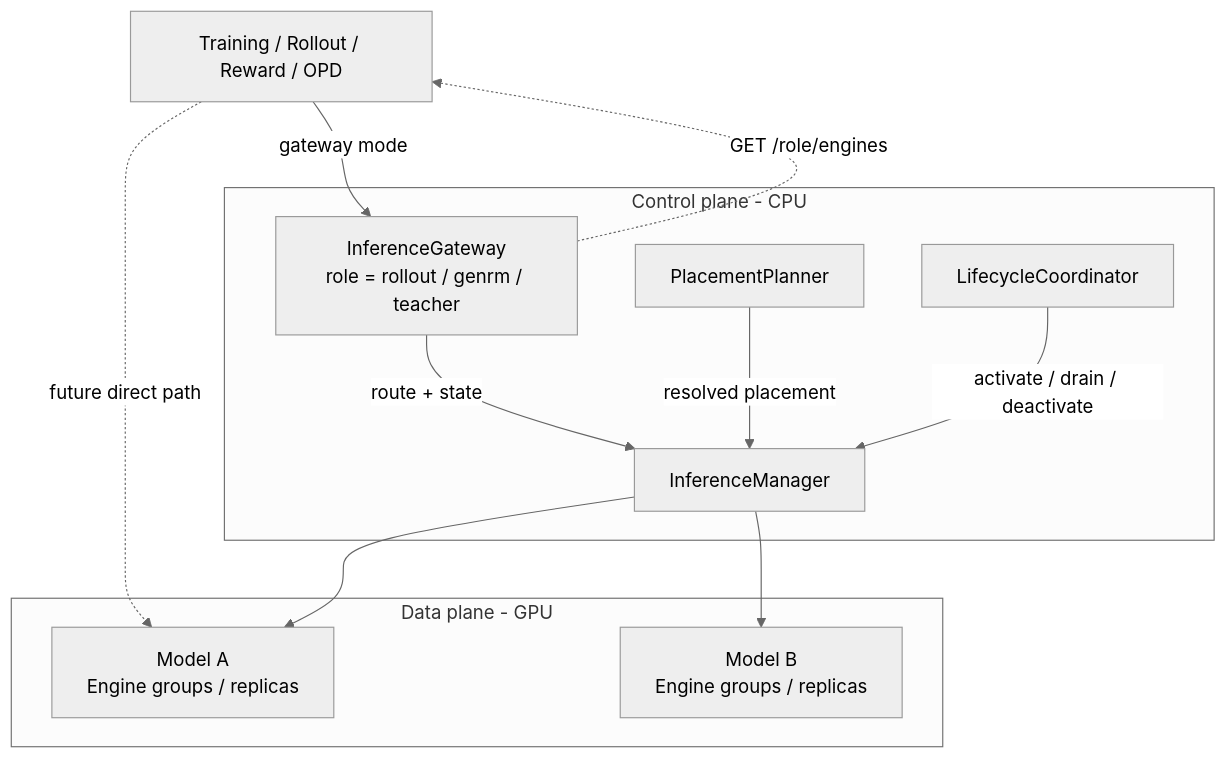
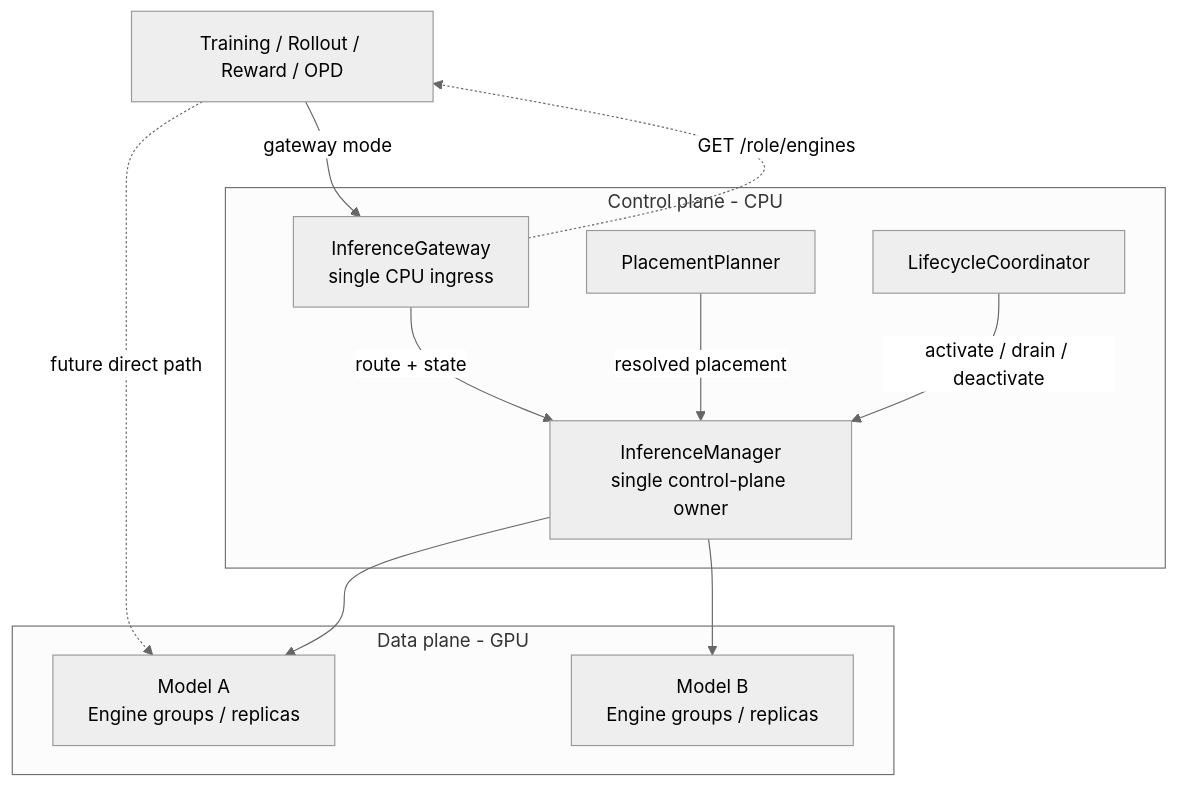
Before and after one commit to leelingrui/Relax: the first of 3 diagrams in rfc-71-todolist.md, drawn with Mermaid (neutral theme). The commit also changed other lines of this file and 25 other files, not shown here.

First line of the commit message:
refactor(inference): unify placement and lifecycle owner

````diff
--- a/rfc-71-todolist.md
+++ b/rfc-71-todolist.md
@@ -231,25 +278,25 @@
 ```mermaid
 flowchart TB
     Caller[Training / Rollout / Reward / OPD]
 
     subgraph Control[Control plane - CPU]
-        Gateway[InferenceGateway<br/>role = rollout / genrm / teacher]
-        Manager[InferenceManager]
+        Gateway[InferenceGateway<br/>single CPU ingress]
+        Manager[InferenceManager<br/>single control-plane owner]
         Planner[PlacementPlanner]
         Coordinator[LifecycleCoordinator]
     end
 
     subgraph Data[Data plane - GPU]
         A[Model A<br/>Engine groups / replicas]
         B[Model B<br/>Engine groups / replicas]
     end
 
     Caller -->|gateway mode| Gateway
     Caller -.->|future direct path| A
     Gateway -->|route + state| Manager
     Planner -->|resolved placement| Manager
     Coordinator -->|activate / drain / deactivate| Manager
     Manager --> A
     Manager --> B
     Gateway -.->|GET /role/engines| Caller
 ```
````
